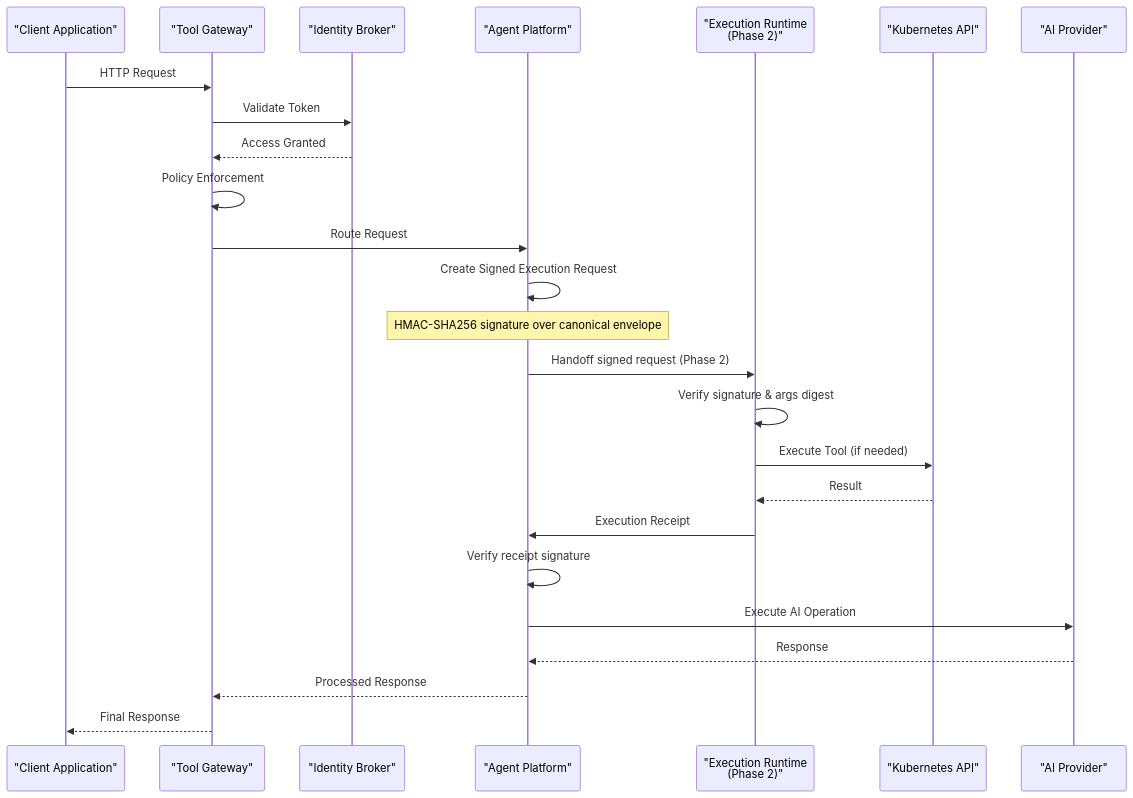
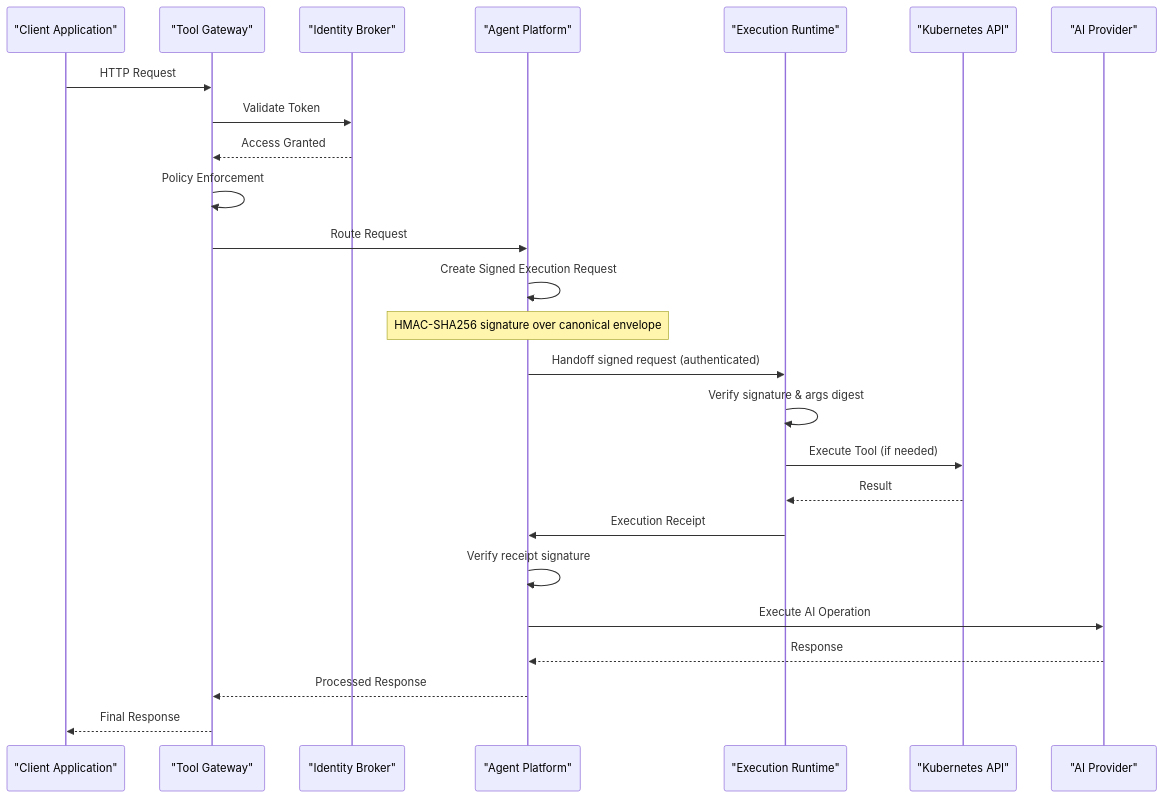
One commit to metasync/luban-aiops changed the second of 8 diagrams in .qoder/repowiki/en/content/Project Overview.md. Above: the diagram before and after it, drawn with Mermaid. The commit also changed other lines of this file and 2 other files, not shown here.

````diff
--- a/.qoder/repowiki/en/content/Project Overview.md
+++ b/.qoder/repowiki/en/content/Project Overview.md
@@ -183,27 +190,27 @@
 ```mermaid
 sequenceDiagram
 participant Client as "Client Application"
 participant Gateway as "Tool Gateway"
 participant Auth as "Identity Broker"
 participant Agent as "Agent Platform"
-participant Worker as "Execution Runtime<br/>(Phase 2)"
+participant Worker as "Execution Runtime"
 participant K8S as "Kubernetes API"
 participant AI as "AI Provider"
 Client->>Gateway : HTTP Request
 Gateway->>Auth : Validate Token
 Auth-->>Gateway : Access Granted
 Gateway->>Gateway : Policy Enforcement
 Gateway->>Agent : Route Request
 Agent->>Agent : Create Signed Execution Request
 Note over Agent : HMAC-SHA256 signature over canonical envelope
-Agent->>Worker : Handoff signed request (Phase 2)
+Agent->>Worker : Handoff signed request (authenticated)
 Worker->>Worker : Verify signature & args digest
 Worker->>K8S : Execute Tool (if needed)
 K8S-->>Worker : Result
 Worker->>Agent : Execution Receipt
 Agent->>Agent : Verify receipt signature
 Agent->>AI : Execute AI Operation
 AI-->>Agent : Response
 Agent-->>Gateway : Processed Response
 Gateway-->>Client : Final Response
 ```
````
